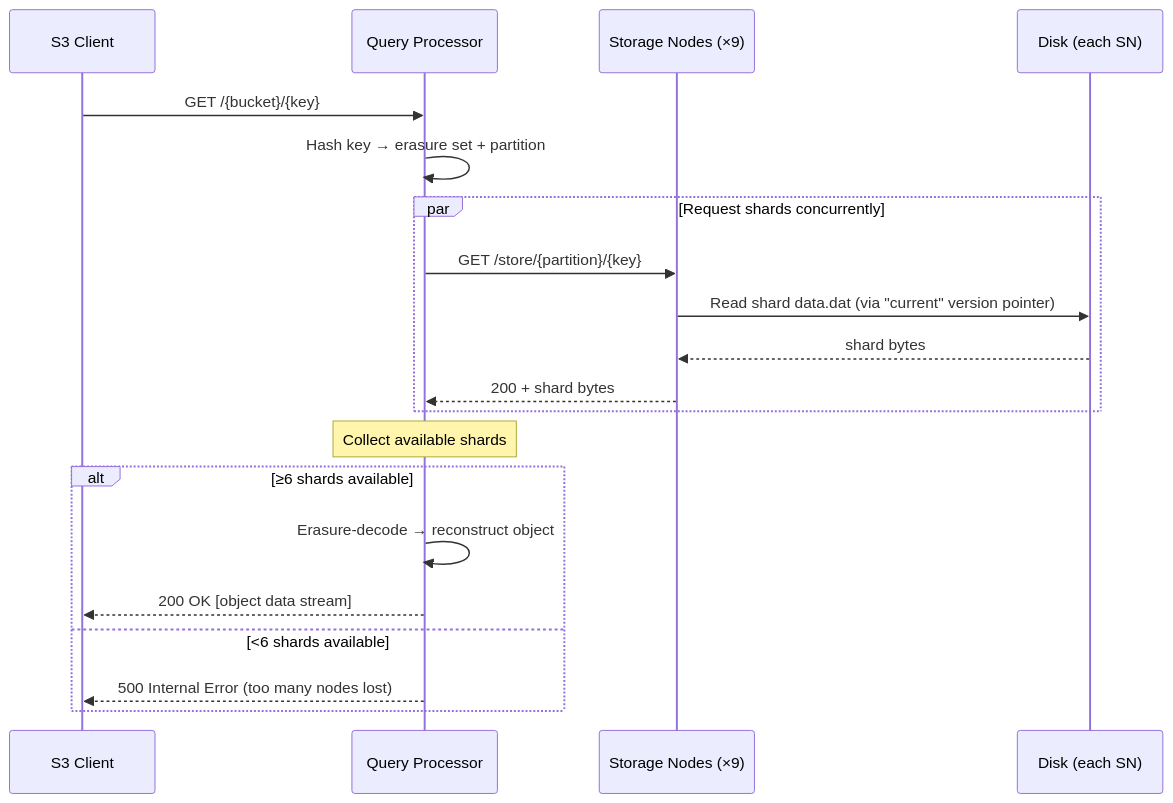
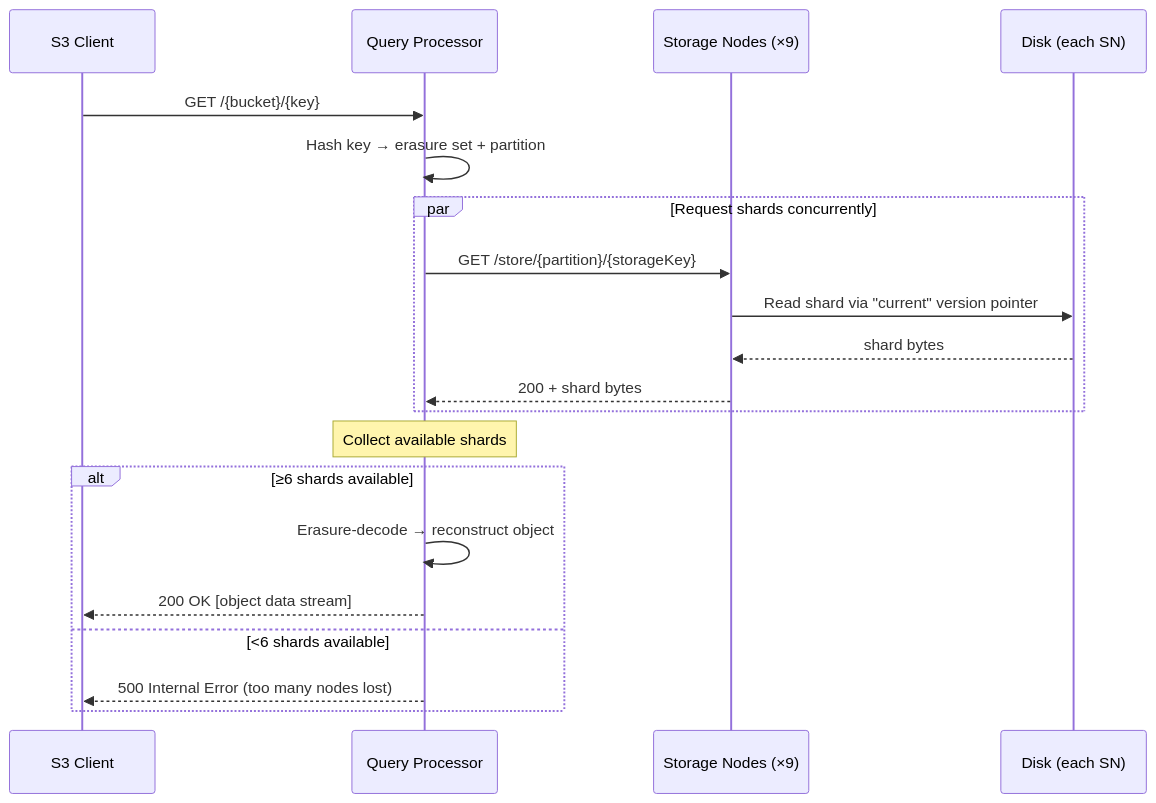
Before and after one commit to S26-Distributed-Capstone/Koop: the fourth of 16 diagrams in docs/workflow.md, drawn with Mermaid. The commit also changed other lines of this file, not shown here.

````diff
--- a/docs/workflow.md
+++ b/docs/workflow.md
@@ -138,23 +113,23 @@
 ```mermaid
 sequenceDiagram
     participant C as S3 Client
     participant QP as Query Processor
     participant SN as Storage Nodes (×9)
     participant Disk as Disk (each SN)
 
     C->>QP: GET /{bucket}/{key}
     QP->>QP: Hash key → erasure set + partition
     par Request shards concurrently
-        QP->>SN: GET /store/{partition}/{key}
-        SN->>Disk: Read shard data.dat (via "current" version pointer)
+        QP->>SN: GET /store/{partition}/{storageKey}
+        SN->>Disk: Read shard via "current" version pointer
         Disk-->>SN: shard bytes
         SN-->>QP: 200 + shard bytes
     end
     Note over QP: Collect available shards
     alt ≥6 shards available
         QP->>QP: Erasure-decode → reconstruct object
         QP-->>C: 200 OK [object data stream]
     else <6 shards available
         QP-->>C: 500 Internal Error (too many nodes lost)
     end
 ```
````
